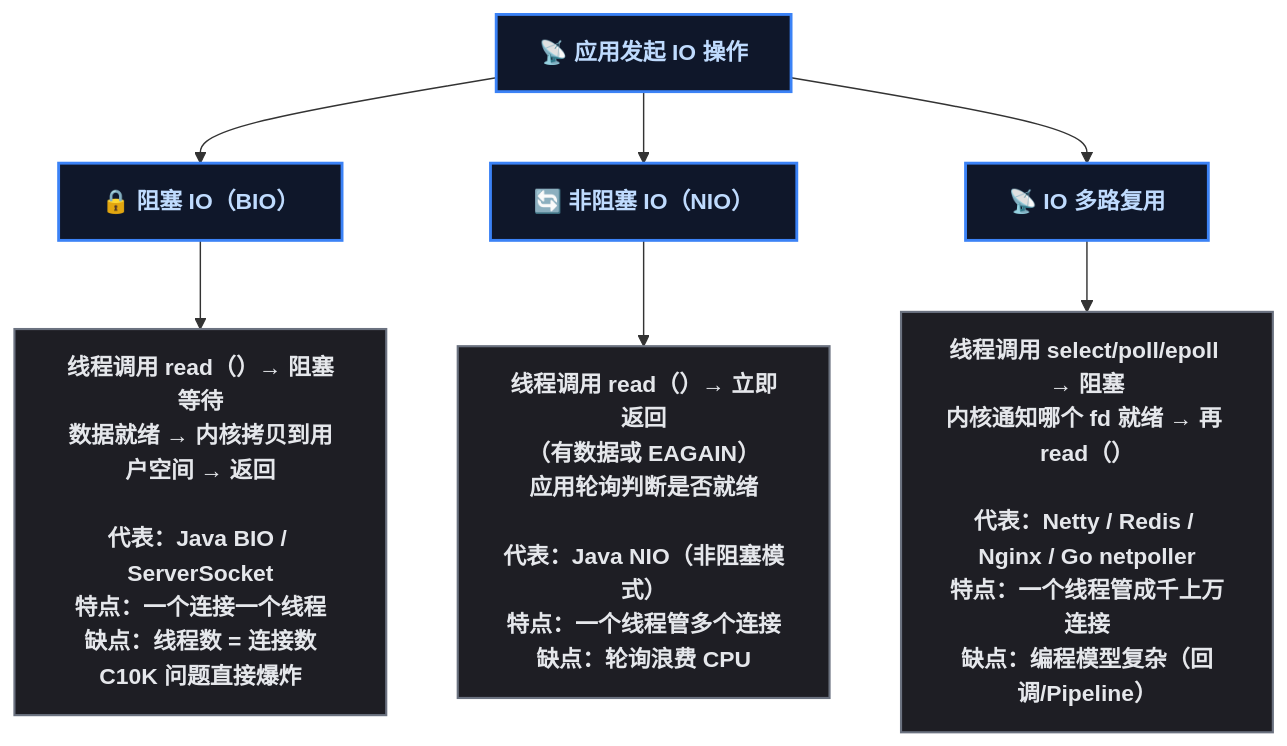
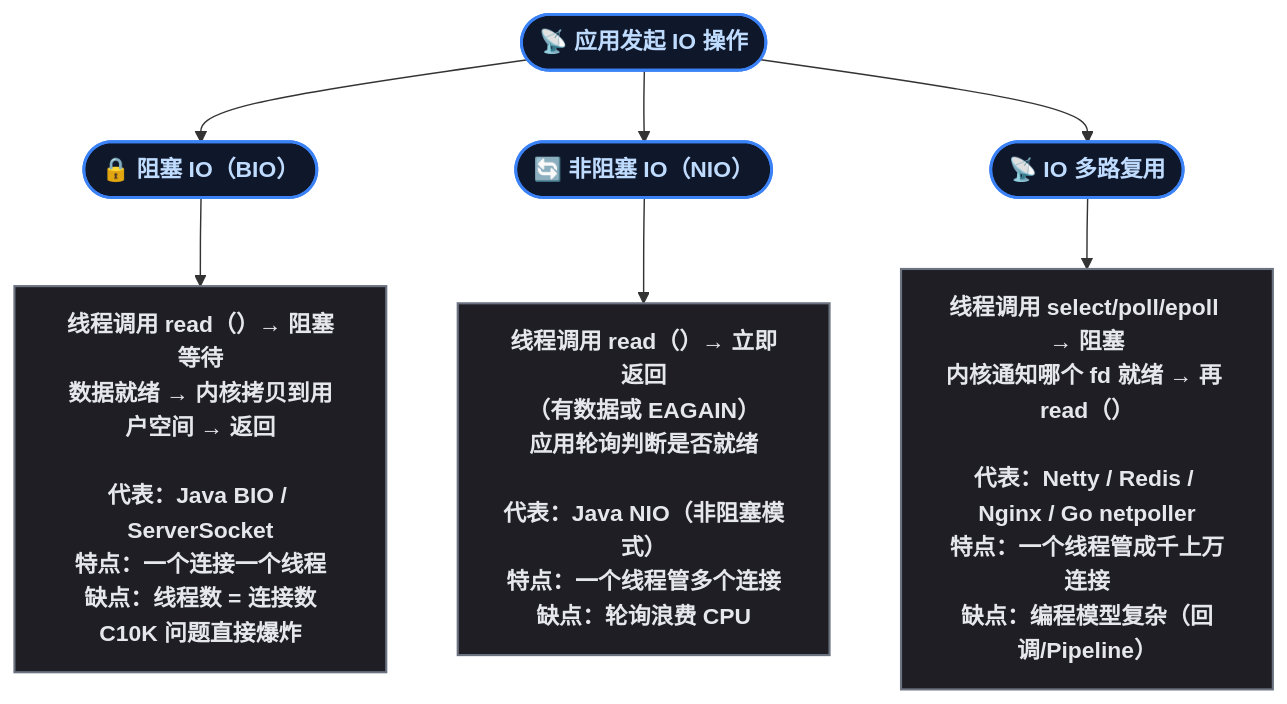
Before and after one commit to yaocat55/yaocat55.github.io: the first of 3 diagrams in content/posts/go/GoNetworking.md, drawn with Mermaid. The commit also changed other lines of this file and 14 other files, not shown here.

````diff
--- a/content/posts/go/GoNetworking.md
+++ b/content/posts/go/GoNetworking.md
@@ -93,20 +93,20 @@
 ```mermaid
 flowchart TD
-    IOApp["📡 应用发起 IO 操作"] --> BIO["🔒 阻塞 IO（BIO）"]
-    IOApp --> NIO["🔄 非阻塞 IO（NIO）"]
-    IOApp --> Multiplexing["📡 IO 多路复用"]
+    IOApp(["📡 应用发起 IO 操作"]) --> BIO(["🔒 阻塞 IO（BIO）"])
+    IOApp --> NIO(["🔄 非阻塞 IO（NIO）"])
+    IOApp --> Multiplexing(["📡 IO 多路复用"])
     
     BIO --> BIODesc["线程调用 read（）→ 阻塞等待\n数据就绪 → 内核拷贝到用户空间 → 返回\n\n代表：Java BIO / ServerSocket\n特点：一个连接一个线程\n缺点：线程数 = 连接数\nC10K 问题直接爆炸"]
     
     NIO --> NIODesc["线程调用 read（）→ 立即返回\n（有数据或 EAGAIN）\n应用轮询判断是否就绪\n\n代表：Java NIO（非阻塞模式）\n特点：一个线程管多个连接\n缺点：轮询浪费 CPU"]
     
     Multiplexing --> MDesc["线程调用 select/poll/epoll → 阻塞\n内核通知哪个 fd 就绪 → 再 read（）\n\n代表：Netty / Redis / Nginx / Go netpoller\n特点：一个线程管成千上万连接\n缺点：编程模型复杂（回调/Pipeline）"]
     
 classDef root fill:#0f172a,stroke:#3b82f6,stroke-width:2px,color:#bfdbfe,font-weight:bold;
 classDef leaf fill:#1e1e24,stroke:#6b7280,stroke-width:1.5px,color:#e5e7eb;
 classDef reject fill:#450a0a,stroke:#dc2626,stroke-width:1.5px,color:#fecaca,font-weight:bold;
     
     class IOApp root
     class BIO,NIO,Multiplexing root
     class BIODesc,NIODesc,MDesc leaf
 ```
````
